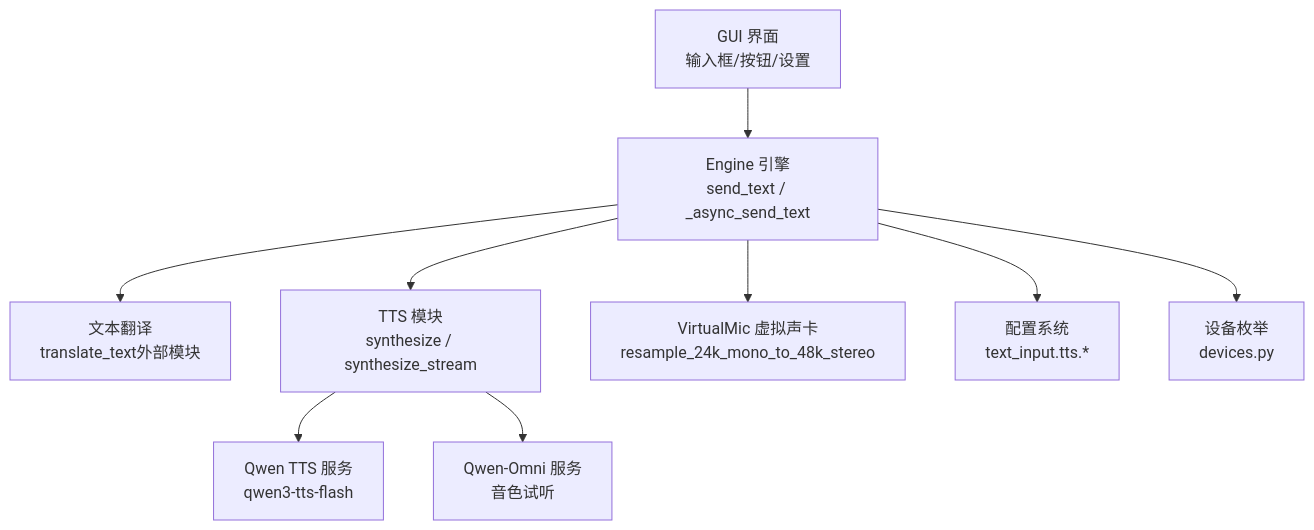
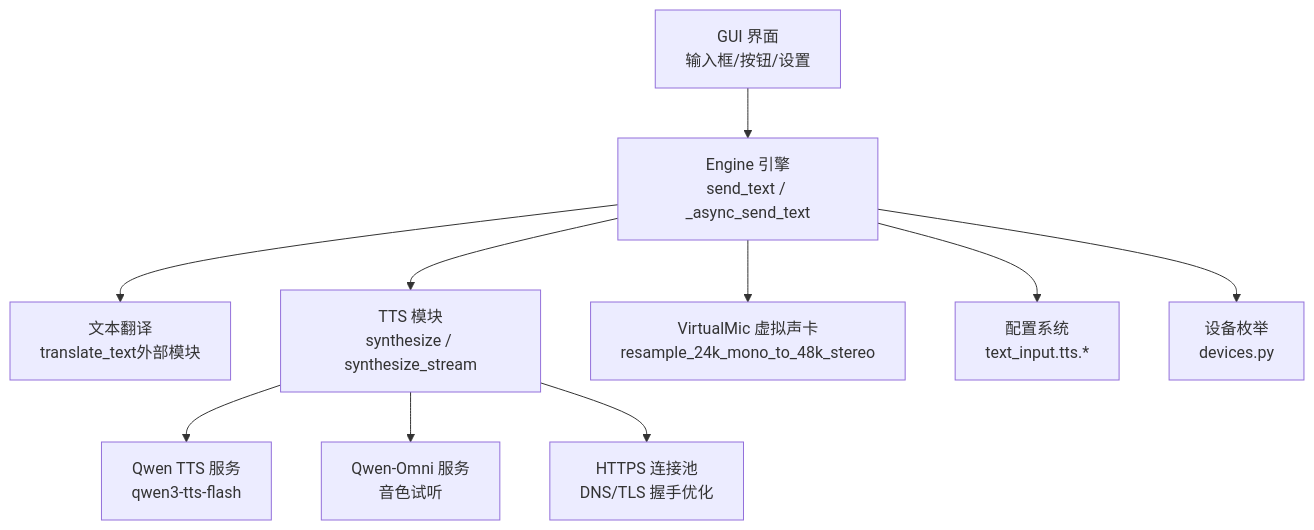
Before and after one commit to EMeowAGENT/vrchat-livetranslate: the first of 9 diagrams in .qoder/repowiki/zh/content/文本输入与语音合成.md, drawn with Mermaid. The commit also changed other lines of this file and 75 other files, not shown here.

````diff
--- a/.qoder/repowiki/zh/content/文本输入与语音合成.md
+++ b/.qoder/repowiki/zh/content/文本输入与语音合成.md
@@ -42,11 +51,12 @@
 ```mermaid
 graph TB
 GUI["GUI 界面<br/>输入框/按钮/设置"] --> Engine["Engine 引擎<br/>send_text / _async_send_text"]
 Engine --> TextIn["文本翻译<br/>translate_text外部模块"]
 Engine --> TTS["TTS 模块<br/>synthesize / synthesize_stream"]
 Engine --> VirtualMic["VirtualMic 虚拟声卡<br/>resample_24k_mono_to_48k_stereo"]
 TTS --> QwenTTS["Qwen TTS 服务<br/>qwen3-tts-flash"]
 TTS --> Omni["Qwen-Omni 服务<br/>音色试听"]
+TTS --> ConnPool["HTTPS 连接池<br/>DNS/TLS 握手优化"]
 Engine --> Config["配置系统<br/>text_input.tts.*"]
 Engine --> Devices["设备枚举<br/>devices.py"]
 ```
````
